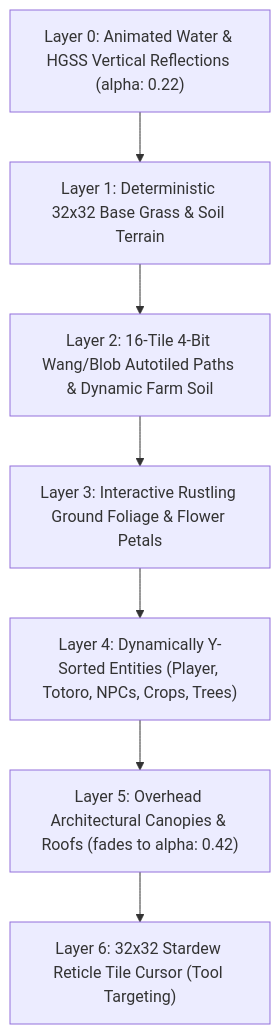
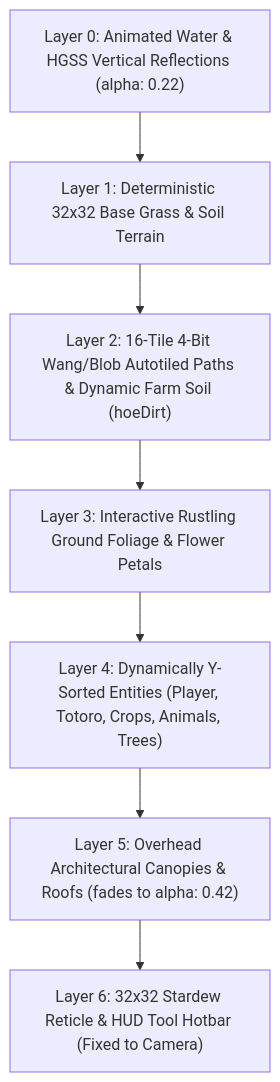
Before and after one commit to tawsifx/Dhaka-RPG: the first of 2 diagrams in GAME_CONTEXT.md, drawn with Mermaid. The commit also changed other lines of this file and 68 other files, not shown here.

````diff
--- a/GAME_CONTEXT.md
+++ b/GAME_CONTEXT.md
@@ -404,12 +404,12 @@
 ```mermaid
 graph TD
     L0["Layer 0: Animated Water & HGSS Vertical Reflections (alpha: 0.22)"]
     L1["Layer 1: Deterministic 32x32 Base Grass & Soil Terrain"]
-    L2["Layer 2: 16-Tile 4-Bit Wang/Blob Autotiled Paths & Dynamic Farm Soil"]
+    L2["Layer 2: 16-Tile 4-Bit Wang/Blob Autotiled Paths & Dynamic Farm Soil (hoeDirt)"]
     L3["Layer 3: Interactive Rustling Ground Foliage & Flower Petals"]
-    L4["Layer 4: Dynamically Y-Sorted Entities (Player, Totoro, NPCs, Crops, Trees)"]
+    L4["Layer 4: Dynamically Y-Sorted Entities (Player, Totoro, Crops, Animals, Trees)"]
     L5["Layer 5: Overhead Architectural Canopies & Roofs (fades to alpha: 0.42)"]
-    L6["Layer 6: 32x32 Stardew Reticle Tile Cursor (Tool Targeting)"]
+    L6["Layer 6: 32x32 Stardew Reticle & HUD Tool Hotbar (Fixed to Camera)"]
 
     L0 --> L1 --> L2 --> L3 --> L4 --> L5 --> L6
 ```
````
